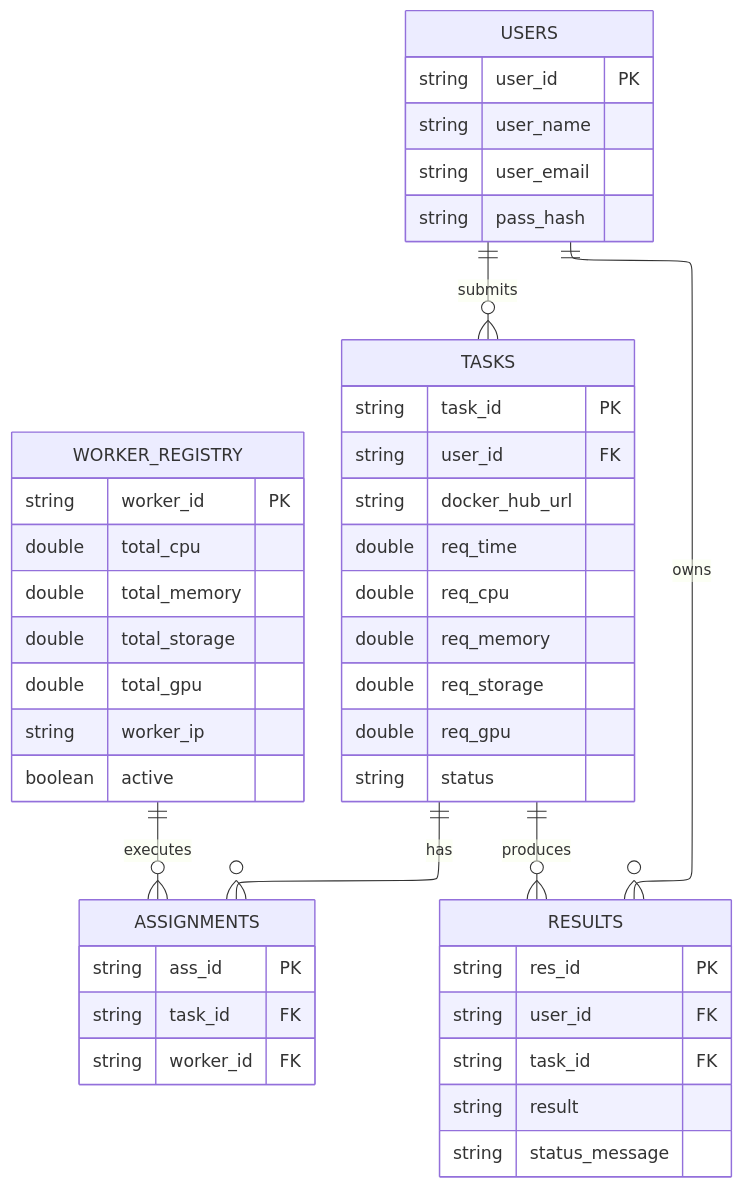
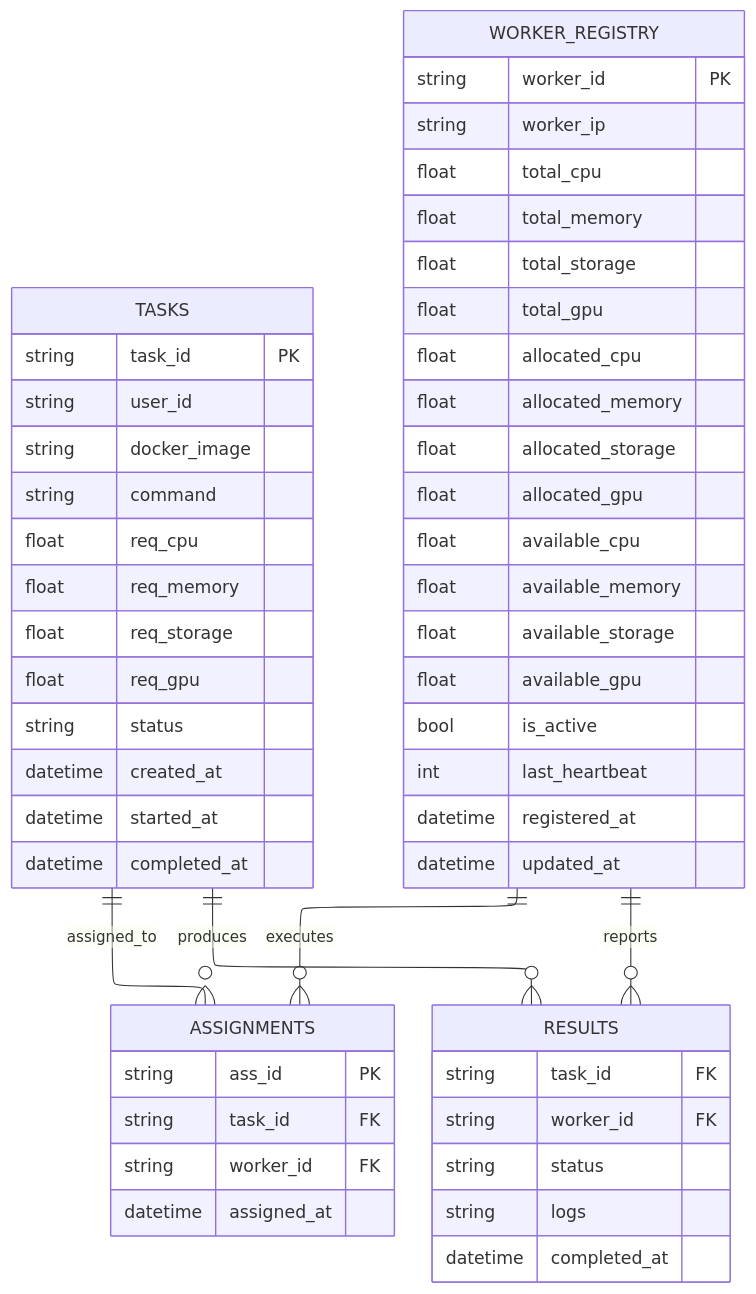
One commit to Codesmith28/Agentic-Cloud-Cluster changed the diagram in docs/039_schema.md. Above: the diagram before and after it, drawn with Mermaid. The commit also changed other lines of this file and 8 other files, not shown here.

````diff
--- a/docs/039_schema.md
+++ b/docs/039_schema.md
@@ -1,51 +79,59 @@
 ```mermaid
 ---
 config:
   layout: elk
   look: classic
 ---
 erDiagram
-    USERS {
-        string user_id PK
-        string user_name
-        string user_email
-        string pass_hash
+    TASKS {
+        string task_id PK
+        string user_id
+        string docker_image
+        string command
+        float req_cpu
+        float req_memory
+        float req_storage
+        float req_gpu
+        string status
+        datetime created_at
+        datetime started_at
+        datetime completed_at
     }
     WORKER_REGISTRY {
         string worker_id PK
-        double total_cpu
-        double total_memory
-        double total_storage
-        double total_gpu
         string worker_ip
-        boolean active
-    }
-    TASKS {
-        string task_id PK
-        string user_id FK
-        string docker_hub_url
-        double req_time
-        double req_cpu
-        double req_memory
-        double req_storage
-        double req_gpu
-        string status
+        float total_cpu
+        float total_memory
+        float total_storage
+        float total_gpu
+        float allocated_cpu
+        float allocated_memory
+        float allocated_storage
+        float allocated_gpu
+        float available_cpu
+        float available_memory
+        float available_storage
+        float available_gpu
+        bool is_active
+        int last_heartbeat
+        datetime registered_at
+        datetime updated_at
     }
     ASSIGNMENTS {
         string ass_id PK
         string task_id FK
         string worker_id FK
+        datetime assigned_at
     }
     RESULTS {
-        string res_id PK
-        string user_id FK
         string task_id FK
-        string result
-        string status_message
+        string worker_id FK
+        string status
+        string logs
+        datetime completed_at
     }
-    USERS ||--o{ TASKS : "submits"
-    USERS ||--o{ RESULTS : "owns"
-    TASKS ||--o{ ASSIGNMENTS : "has"
+    TASKS ||--o{ ASSIGNMENTS : "assigned_to"
     WORKER_REGISTRY ||--o{ ASSIGNMENTS : "executes"
     TASKS ||--o{ RESULTS : "produces"
+    WORKER_REGISTRY ||--o{ RESULTS : "reports"
 ```
````
